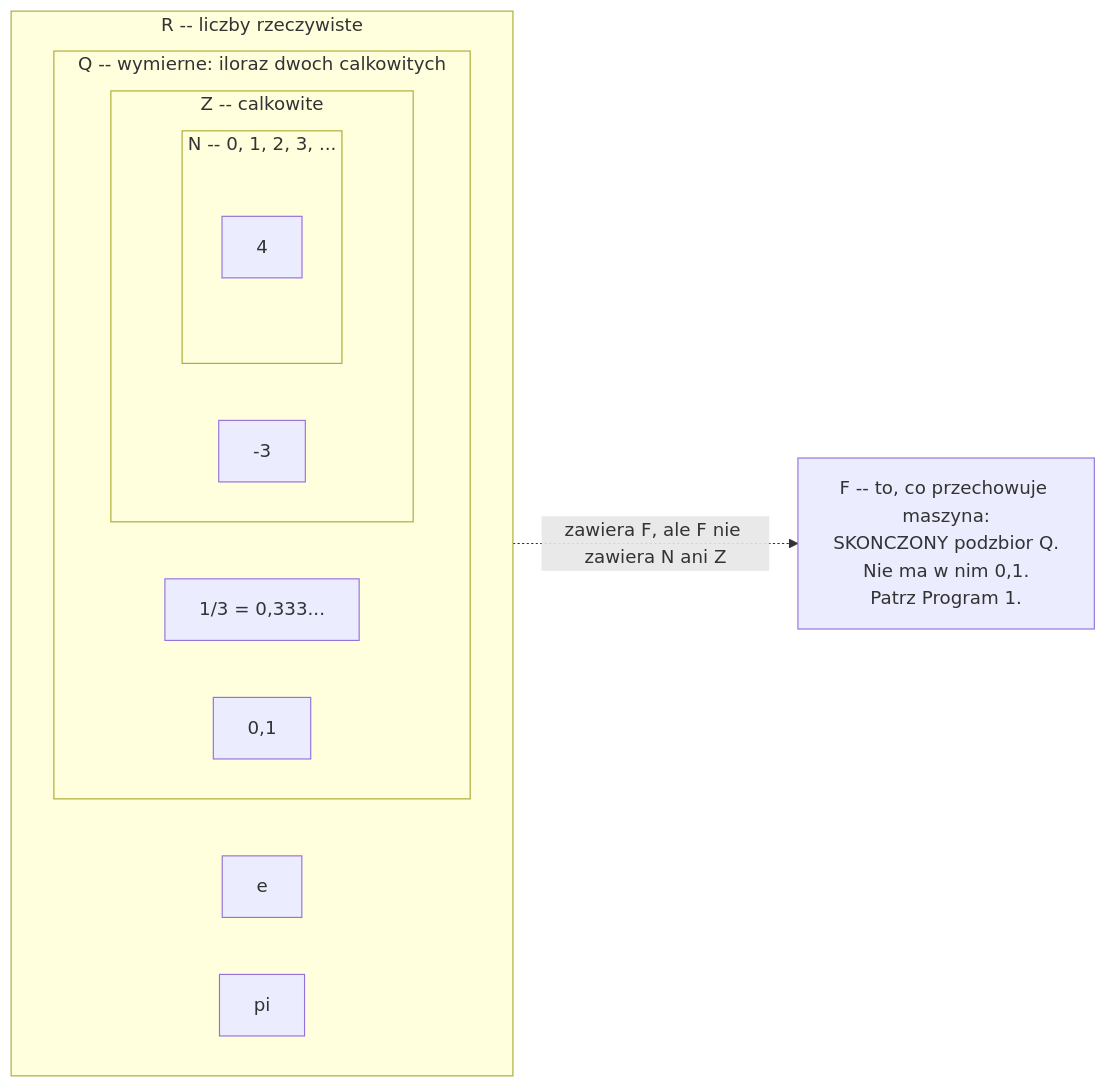
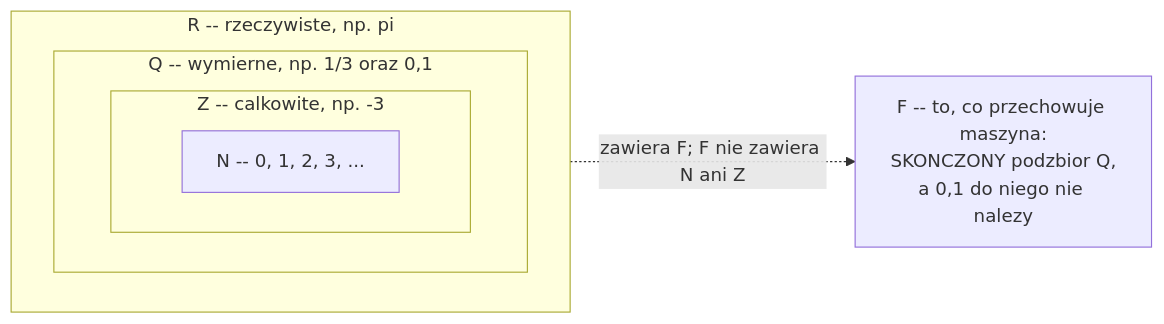
Before and after one commit to konradcinkusz/math-for-ai-engineers: the diagram in figures/mermaid/pl/f01-number-sets.mmd, drawn with Mermaid. The commit also changed 24 other files, not shown here.

```diff
--- a/figures/mermaid/pl/f01-number-sets.mmd
+++ b/figures/mermaid/pl/f01-number-sets.mmd
@@ -1,21 +1,13 @@
 flowchart LR
-  subgraph R["R -- liczby rzeczywiste"]
+  subgraph R["R -- rzeczywiste, np. pi"]
     direction LR
-    subgraph Q["Q -- wymierne: iloraz dwoch calkowitych"]
+    subgraph Q["Q -- wymierne, np. 1/3 oraz 0,1"]
       direction LR
-      subgraph Z["Z -- calkowite"]
+      subgraph Z["Z -- calkowite, np. -3"]
         direction LR
-        subgraph N["N -- 0, 1, 2, 3, ..."]
-          n1["4"]
-        end
-        z1["-3"]
+        N["N -- 0, 1, 2, 3, ..."]
       end
-      q1["1/3 = 0,333..."]
-      q2["0,1"]
     end
-    r1["e"]
-    r2["pi"]
   end
-
-  F["F -- to, co przechowuje maszyna:<br/>SKONCZONY podzbior Q.<br/>Nie ma w nim 0,1.<br/>Patrz Program 1."]
-  Q -. "zawiera F, ale F nie zawiera N ani Z" .-> F
+  F["F -- to, co przechowuje maszyna:<br/>SKONCZONY podzbior Q,<br/>a 0,1 do niego nie nalezy"]
+  Q -. "zawiera F; F nie zawiera N ani Z" .-> F
```
